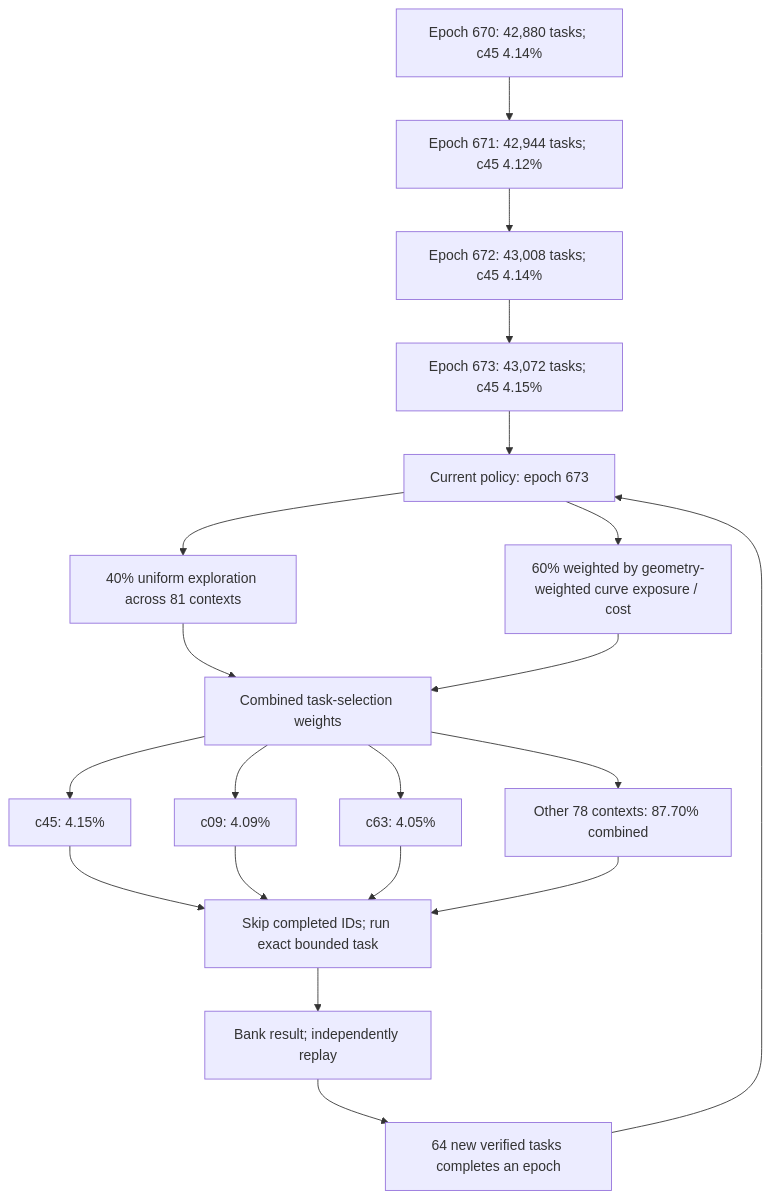
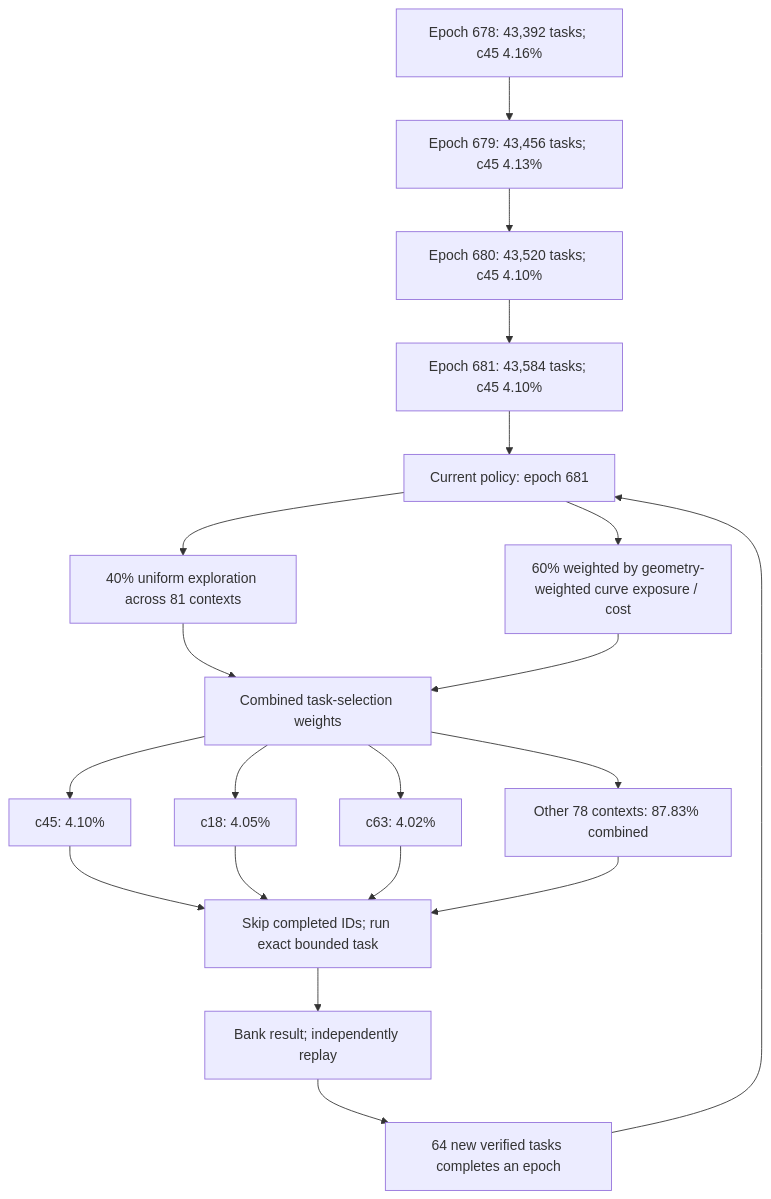
Before and after one commit to Kuberwastaken/math-gambling: the first of 3 diagrams in README.md, drawn with Mermaid. The commit also changed other lines of this file and 1133 other files, not shown here.

````diff
--- a/README.md
+++ b/README.md
@@ -55,27 +55,27 @@
 ```mermaid
 flowchart TD
-    H0["Epoch 670: 42,880 tasks; c45 4.14%"]
-    H1["Epoch 671: 42,944 tasks; c45 4.12%"]
+    H0["Epoch 678: 43,392 tasks; c45 4.16%"]
+    H1["Epoch 679: 43,456 tasks; c45 4.13%"]
     H0 --> H1
-    H2["Epoch 672: 43,008 tasks; c45 4.14%"]
+    H2["Epoch 680: 43,520 tasks; c45 4.10%"]
     H1 --> H2
-    H3["Epoch 673: 43,072 tasks; c45 4.15%"]
+    H3["Epoch 681: 43,584 tasks; c45 4.10%"]
     H2 --> H3
-    Policy["Current policy: epoch 673"]
+    Policy["Current policy: epoch 681"]
     H3 --> Policy
     Policy --> Explore["40% uniform exploration across 81 contexts"]
     Policy --> Cost["60% weighted by geometry-weighted curve exposure / cost"]
     Explore --> Mix["Combined task-selection weights"]
     Cost --> Mix
-    Mix --> C0["c45: 4.15%"]
-    Mix --> C1["c09: 4.09%"]
-    Mix --> C2["c63: 4.05%"]
-    Mix --> Rest["Other 78 contexts: 87.70% combined"]
+    Mix --> C0["c45: 4.10%"]
+    Mix --> C1["c18: 4.05%"]
+    Mix --> C2["c63: 4.02%"]
+    Mix --> Rest["Other 78 contexts: 87.83% combined"]
     C0 --> Check["Skip completed IDs; run exact bounded task"]
     C1 --> Check
     C2 --> Check
     Rest --> Check
     Check --> Replay["Bank result; independently replay"]
     Replay --> Gate["64 new verified tasks completes an epoch"]
     Gate --> Policy
 ```
````
